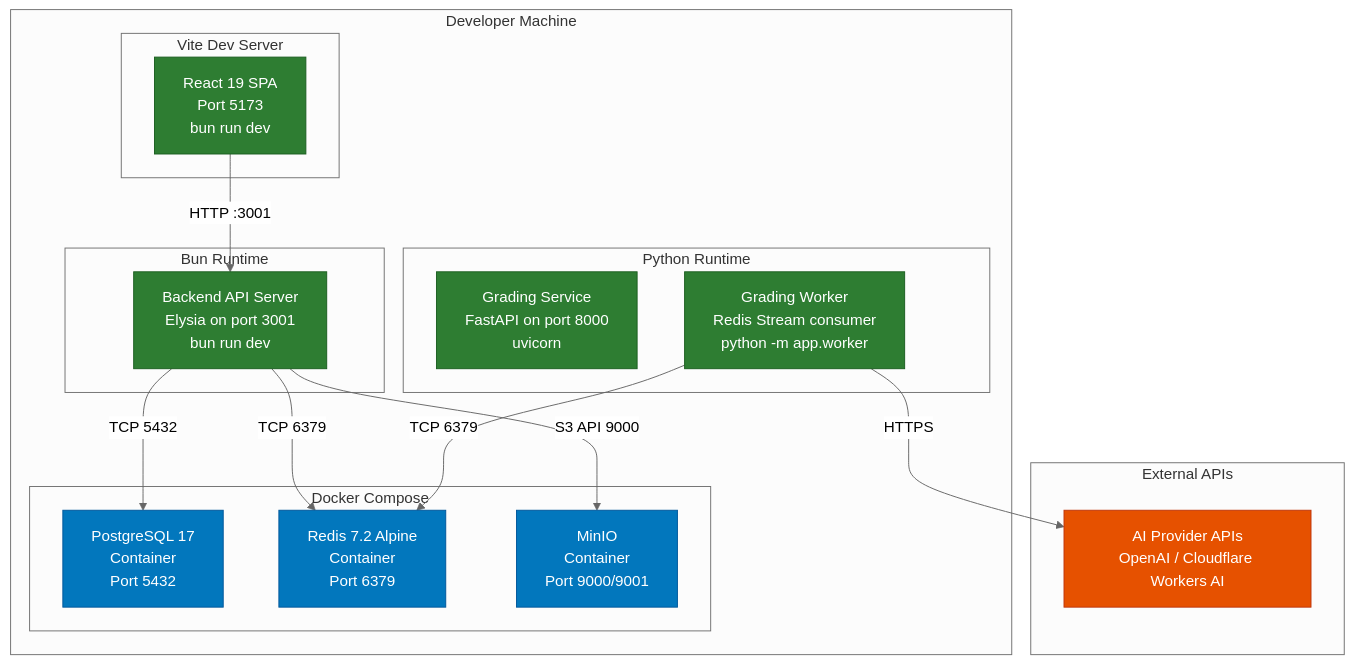
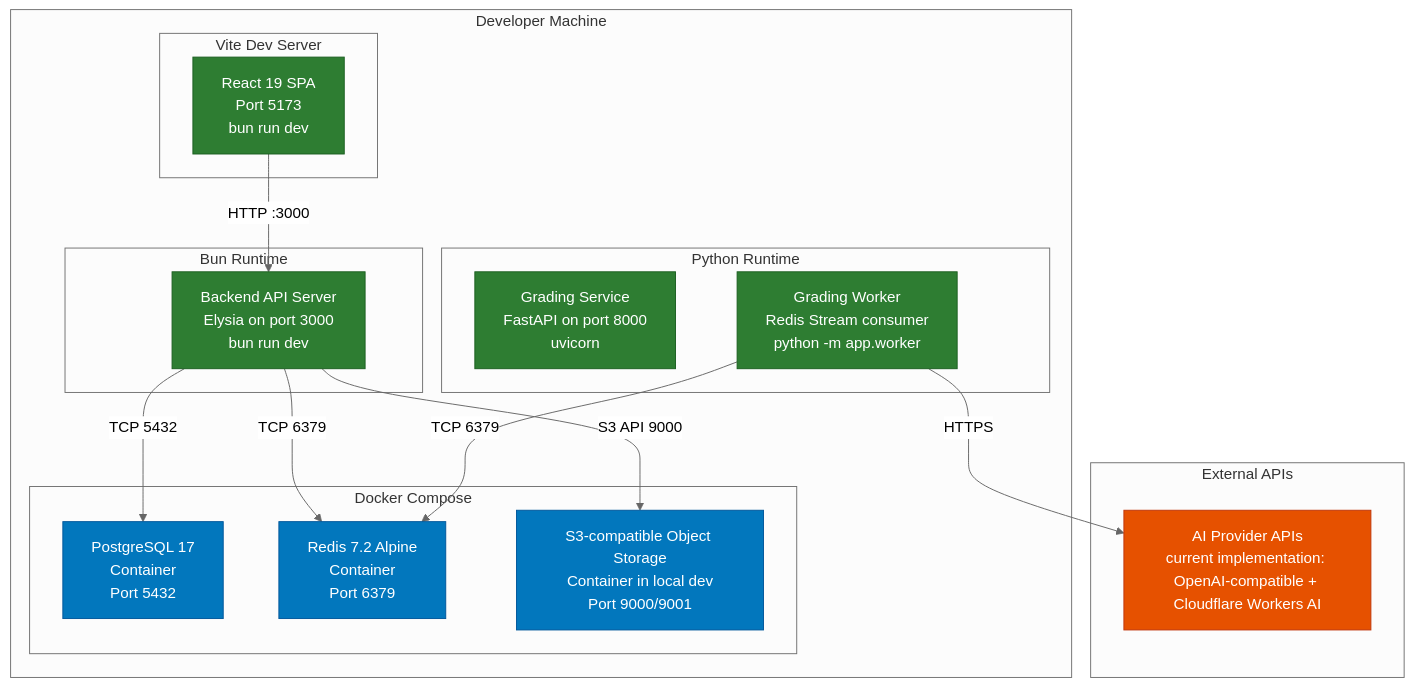
The second of 16 diagrams in docs/capstone/reports/ENG/report4-software-design-document.md (nghyane/VSTEP), drawn with Mermaid (neutral theme) before and after one commit. The commit also changed other lines of this file and 1 other file, not shown here.

Commit message:
docs: align report 4 with current architecture

````diff
--- a/docs/capstone/reports/ENG/report4-software-design-document.md
+++ b/docs/capstone/reports/ENG/report4-software-design-document.md
@@ -125,42 +125,42 @@
 ```mermaid
 flowchart TB
     subgraph DevMachine ["Developer Machine"]
         subgraph DockerCompose ["Docker Compose"]
             PGContainer["PostgreSQL 17<br/>Container<br/>Port 5432"]
             RedisContainer["Redis 7.2 Alpine<br/>Container<br/>Port 6379"]
-            MinIOContainer["MinIO<br/>Container<br/>Port 9000/9001"]
+            ObjectStorageContainer["S3-compatible Object Storage<br/>Container in local dev<br/>Port 9000/9001"]
         end
 
         subgraph BunRuntime ["Bun Runtime"]
-            BackendAPI["Backend API Server<br/>Elysia on port 3001<br/>bun run dev"]
+            BackendAPI["Backend API Server<br/>Elysia on port 3000<br/>bun run dev"]
         end
 
         subgraph PythonRuntime ["Python Runtime"]
             GradingAPI["Grading Service<br/>FastAPI on port 8000<br/>uvicorn"]
             GradingWorker["Grading Worker<br/>Redis Stream consumer<br/>python -m app.worker"]
         end
 
         subgraph ViteDevServer ["Vite Dev Server"]
             FrontendDev["React 19 SPA<br/>Port 5173<br/>bun run dev"]
         end
     end
 
     subgraph ExternalAPIs ["External APIs"]
-        AIProviders["AI Provider APIs<br/>OpenAI / Cloudflare Workers AI"]
+        AIProviders["AI Provider APIs<br/>current implementation: OpenAI-compatible + Cloudflare Workers AI"]
     end
 
     BackendAPI -->|"TCP 5432"| PGContainer
     BackendAPI -->|"TCP 6379"| RedisContainer
-    BackendAPI -->|"S3 API 9000"| MinIOContainer
+    BackendAPI -->|"S3 API 9000"| ObjectStorageContainer
     GradingWorker -->|"TCP 6379"| RedisContainer
     GradingWorker -->|"HTTPS"| AIProviders
-    FrontendDev -->|"HTTP :3001"| BackendAPI
+    FrontendDev -->|"HTTP :3000"| BackendAPI
 
     classDef container fill:#0277bd,stroke:#01579b,color:#fff
     classDef runtime fill:#2e7d32,stroke:#1b5e20,color:#fff
     classDef external fill:#e65100,stroke:#bf360c,color:#fff
 
-    class PGContainer,RedisContainer,MinIOContainer container
+    class PGContainer,RedisContainer,ObjectStorageContainer container
     class BackendAPI,GradingAPI,GradingWorker,FrontendDev runtime
     class AIProviders external
 ```
````
